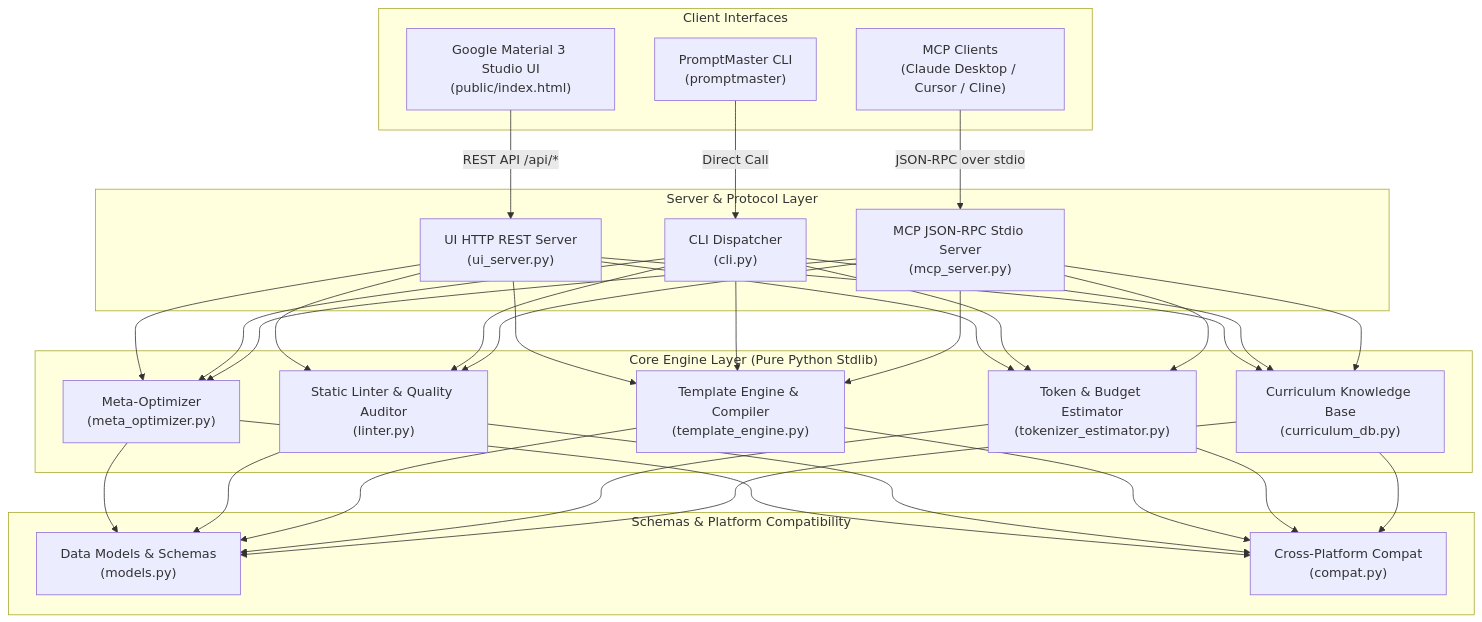
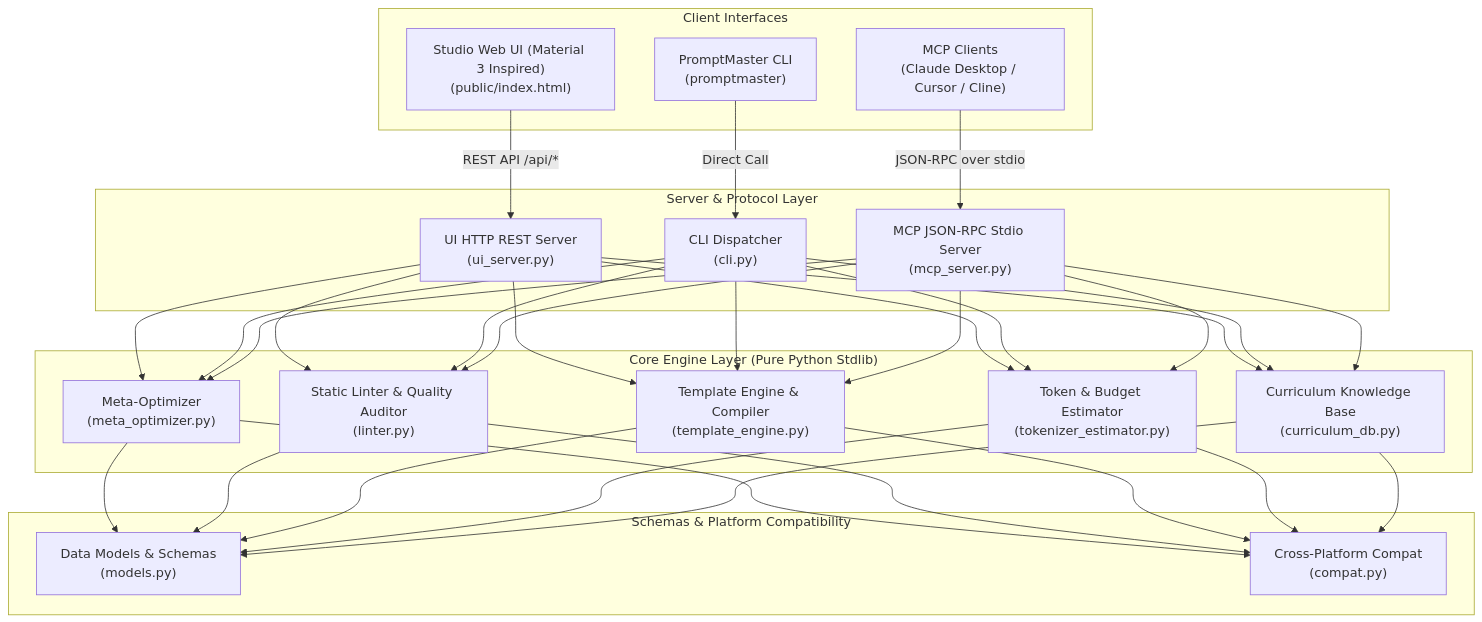
The diagram in README.md (1nc0gn30/promptmaster-studio), drawn with Mermaid before and after one commit. The commit also changed other lines of this file and 4 other files, not shown here.

Commit message:
rebrand: PromptMaster Studio branding with Material 3 design influence

````diff
--- a/README.md
+++ b/README.md
@@ -47,38 +47,38 @@
 ```mermaid
 flowchart TD
     subgraph UI_And_Clients["Client Interfaces"]
-        A1["Google Material 3 Studio UI\n(public/index.html)"]
+        A1["Studio Web UI (Material 3 Inspired)\n(public/index.html)"]
         A2["PromptMaster CLI\n(promptmaster)"]
         A3["MCP Clients\n(Claude Desktop / Cursor / Cline)"]
     end
 
     subgraph Entrypoints["Server & Protocol Layer"]
         B1["UI HTTP REST Server\n(ui_server.py)"]
         B2["CLI Dispatcher\n(cli.py)"]
         B3["MCP JSON-RPC Stdio Server\n(mcp_server.py)"]
     end
 
     subgraph Core_Engines["Core Engine Layer (Pure Python Stdlib)"]
         C1["Meta-Optimizer\n(meta_optimizer.py)"]
         C2["Static Linter & Quality Auditor\n(linter.py)"]
         C3["Template Engine & Compiler\n(template_engine.py)"]
         C4["Token & Budget Estimator\n(tokenizer_estimator.py)"]
         C5["Curriculum Knowledge Base\n(curriculum_db.py)"]
     end
 
     subgraph Models["Schemas & Platform Compatibility"]
         D1["Data Models & Schemas\n(models.py)"]
         D2["Cross-Platform Compat\n(compat.py)"]
     end
 
     A1 -->|REST API /api/*| B1
     A2 -->|Direct Call| B2
     A3 -->|JSON-RPC over stdio| B3
 
     B1 --> C1 & C2 & C3 & C4 & C5
     B2 --> C1 & C2 & C3 & C4 & C5
     B3 --> C1 & C2 & C3 & C4 & C5
 
     C1 & C2 & C3 & C4 & C5 --> D1
     C1 & C2 & C3 & C4 & C5 --> D2
 ```
````
